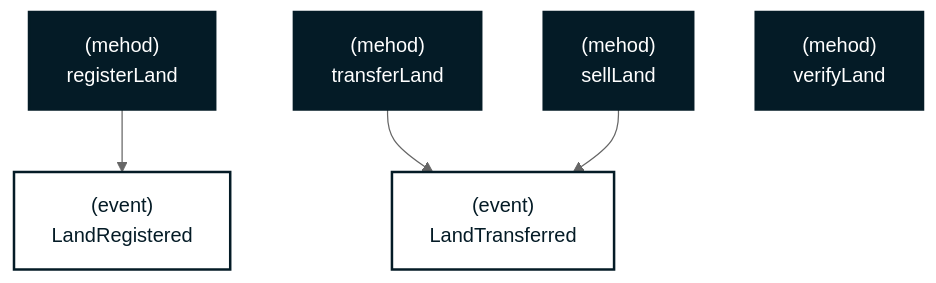
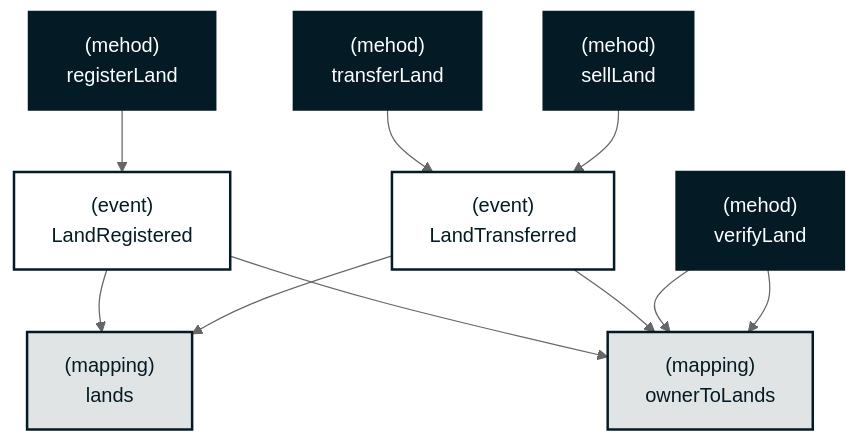
Before and after one commit to block-foundation/solidity-land-registry: the diagram in README.md, drawn with Mermaid (neutral theme).

````diff
--- a/README.md
+++ b/README.md
@@ -120,26 +120,38 @@
 ``` mermaid
 flowchart TD
 
     registerLand["(mehod)
     registerLand"]:::class_dark
     transferLand["(mehod)
     transferLand"]:::class_dark
     sellLand["(mehod)
     sellLand"]:::class_dark
     verifyLand["(mehod)
     verifyLand"]:::class_dark
 
     LandRegistered["(event)
     LandRegistered"]:::class_light
     LandTransferred["(event)
     LandTransferred"]:::class_light
 
+    lands["(mapping)
+    lands"]:::class_neutral
+    ownerToLands["(mapping)
+    ownerToLands"]:::class_neutral
+
+
     registerLand --> LandRegistered
     transferLand --> LandTransferred
     sellLand --> LandTransferred
+    LandRegistered --> lands
+    LandTransferred --> lands
+    LandRegistered --> ownerToLands
+    LandTransferred --> ownerToLands
+    verifyLand --> ownerToLands
+    verifyLand --> ownerToLands
 
     classDef class_light fill:#FFFFFF,color:#041B26,stroke:#041B26,stroke-width:2px;
     classDef class_neutral fill:#E1E4E5,color:#041B26,stroke:#041B26,stroke-width:2px;
     classDef class_dark fill:#041B26,color:#FFFFFF,stroke:#041B26,stroke-width:2px;
 
 ```
````
